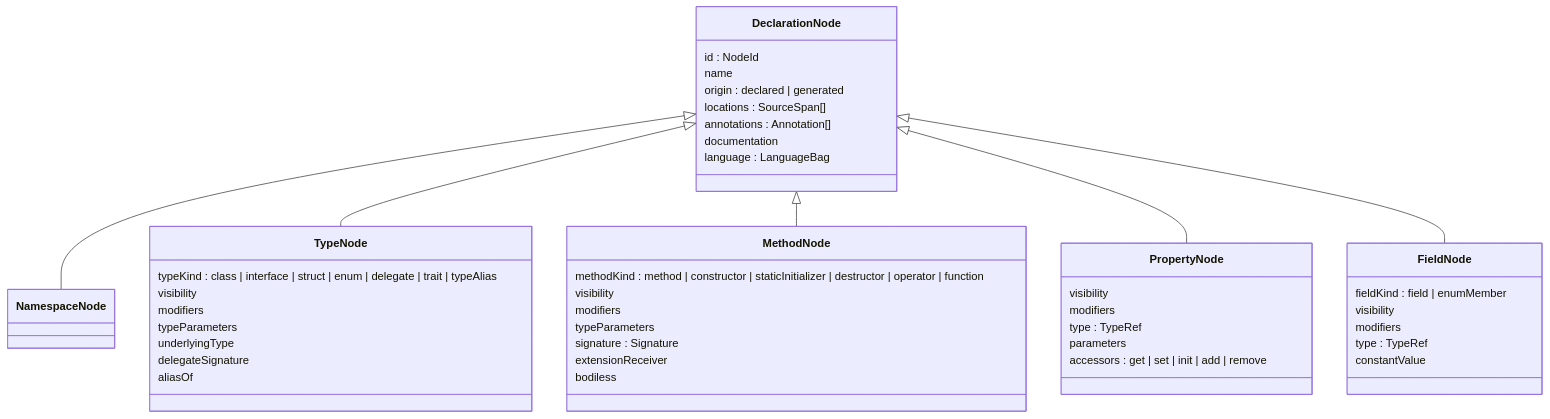
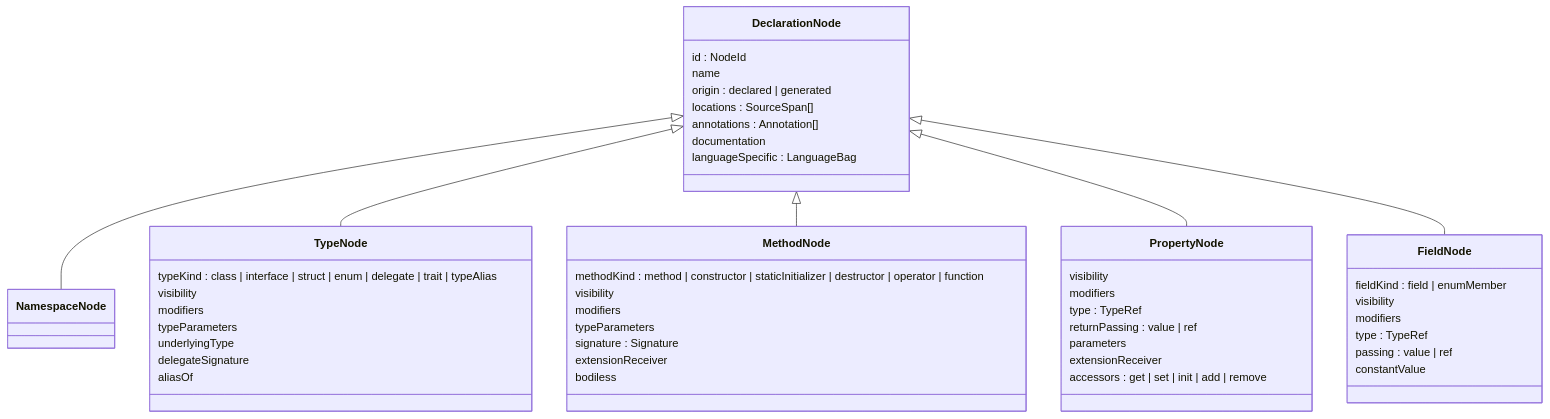
Before and after one commit to NoesisVision/noesis: the fourth of 7 diagrams in docs/arch/code-model.md, drawn with Mermaid. The commit also changed other lines of this file and 41 other files, not shown here.

````diff
--- a/docs/arch/code-model.md
+++ b/docs/arch/code-model.md
@@ -138,50 +149,53 @@
 ```mermaid
 classDiagram
     class DeclarationNode {
         id : NodeId
         name
         origin : declared | generated
         locations : SourceSpan[]
         annotations : Annotation[]
         documentation
-        language : LanguageBag
+        languageSpecific : LanguageBag
     }
     class NamespaceNode
     class TypeNode {
         typeKind : class | interface | struct | enum | delegate | trait | typeAlias
         visibility
         modifiers
         typeParameters
         underlyingType
         delegateSignature
         aliasOf
     }
     class MethodNode {
         methodKind : method | constructor | staticInitializer | destructor | operator | function
         visibility
         modifiers
         typeParameters
         signature : Signature
         extensionReceiver
         bodiless
     }
     class PropertyNode {
         visibility
         modifiers
         type : TypeRef
+        returnPassing : value | ref
         parameters
+        extensionReceiver
         accessors : get | set | init | add | remove
     }
     class FieldNode {
         fieldKind : field | enumMember
         visibility
         modifiers
         type : TypeRef
+        passing : value | ref
         constantValue
     }
     DeclarationNode <|-- NamespaceNode
     DeclarationNode <|-- TypeNode
     DeclarationNode <|-- MethodNode
     DeclarationNode <|-- PropertyNode
     DeclarationNode <|-- FieldNode
 ```
````
